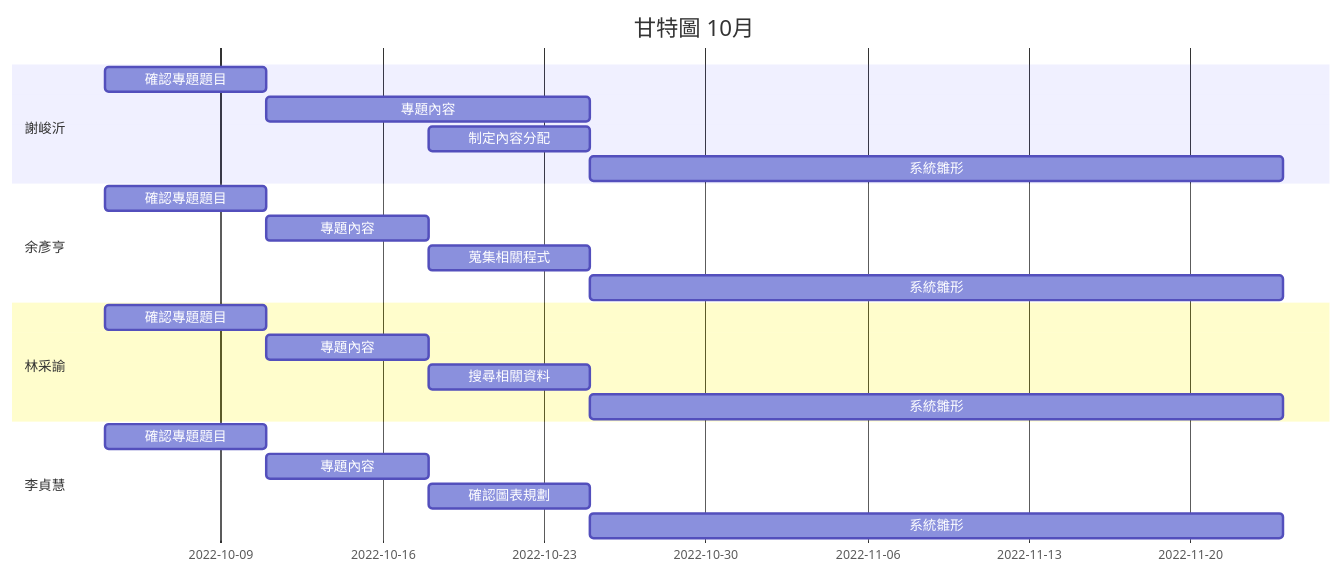
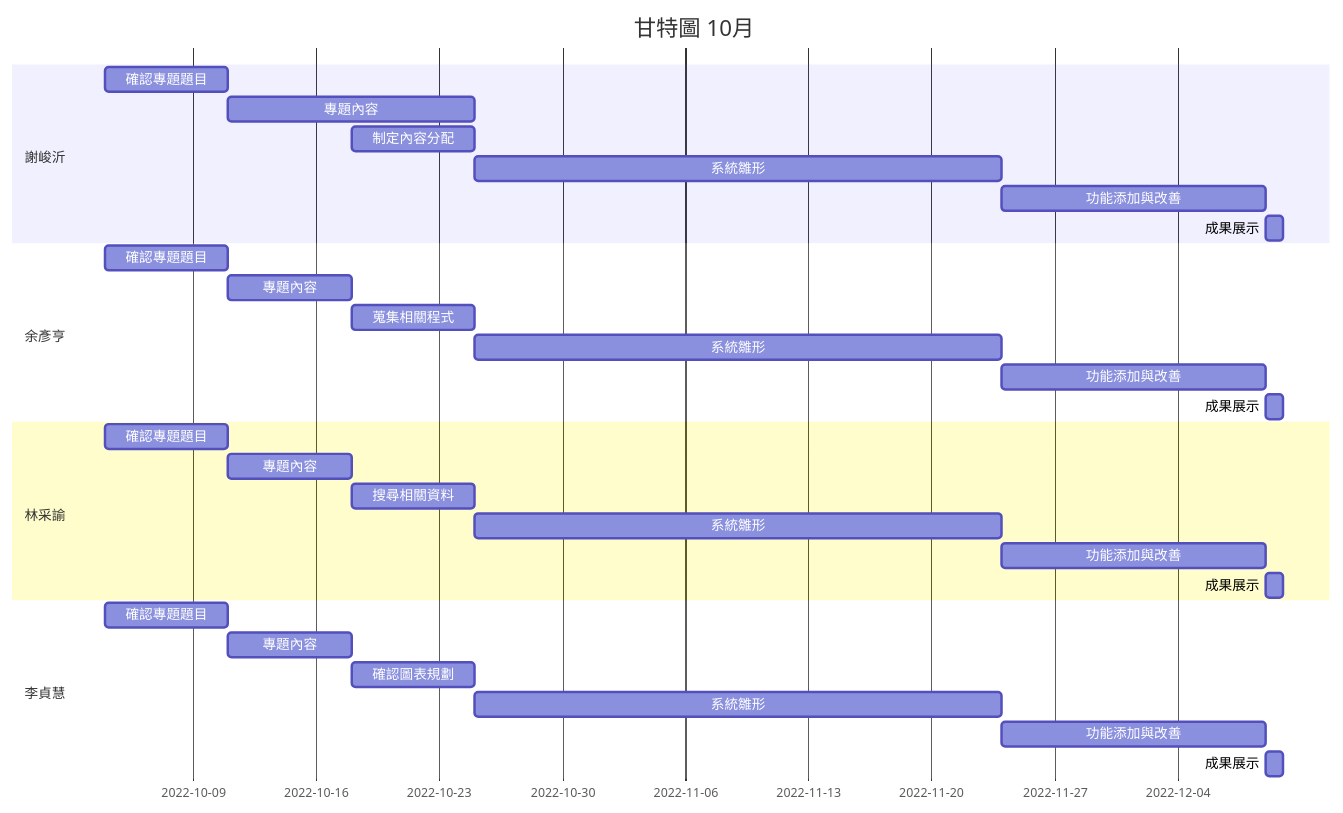
Before and after one commit to Jimmy1016/Group_14: the diagram in README.md, drawn with Mermaid.

````diff
--- a/README.md
+++ b/README.md
@@ -30,24 +30,32 @@
 ```mermaid
 gantt
     title 甘特圖 10月
     section 謝峻沂
     確認專題題目:a1, 2022-10-04, 7d
     專題內容:a2,2022-10-11, 14d
     制定內容分配:a3,2022-10-18,7d
-    系統雛形:after a3,30d
+    系統雛形:a4,after a3,30d
+    功能添加與改善:a5,after a4,15d
+    成果展示:after a5,1d
     section 余彥亨
     確認專題題目:a1, 2022-10-04, 7d
     專題內容:after a1, 7d
     蒐集相關程式:a3,2022-10-18,7d
     系統雛形:after a3,30d
+    功能添加與改善:a5,after a4,15d
+    成果展示:after a5,1d
     section 林采諭
     確認專題題目:a1, 2022-10-04, 7d
     專題內容:after a1, 7d
     搜尋相關資料:a3,2022-10-18,7d
     系統雛形:after a3,30d
+    功能添加與改善:a5,after a4,15d
+    成果展示:after a5,1d
     section 李貞慧
     確認專題題目:a1, 2022-10-04, 7d
     專題內容:after a1, 7d
     確認圖表規劃:a3,2022-10-18,7d
     系統雛形:after a3,30d
+    功能添加與改善:a5,after a4,15d
+    成果展示:after a5,1d
 ```
````
